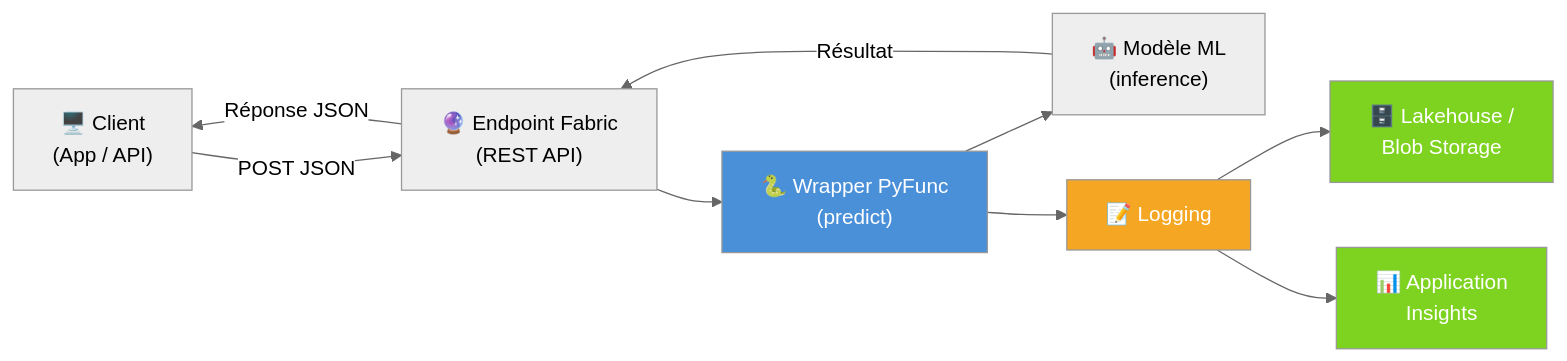
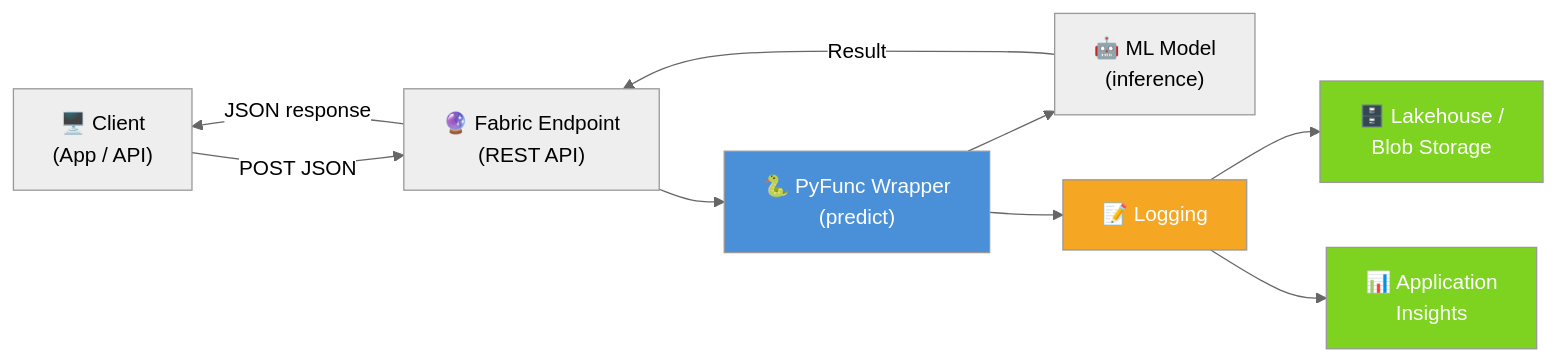
Before and after one commit to fredgis/fabric-foundry-kb: the first of 6 diagrams in markdown/MLinFabric.md, drawn with Mermaid (neutral theme). The commit also changed other lines of this file and 3 other files, not shown here.

First line of the commit message:
MLinFabric: translate to English + add end-to-end architecture diagram

````diff
--- a/markdown/MLinFabric.md
+++ b/markdown/MLinFabric.md
@@ -50,16 +58,16 @@
 ```mermaid
 flowchart LR
-    A["🖥️ Client\n(App / API)"] -->|"POST JSON"| B["🔮 Endpoint Fabric\n(REST API)"]
-    B --> C["🐍 Wrapper PyFunc\n(predict)"]
-    C --> D["🤖 Modèle ML\n(inference)"]
+    A["🖥️ Client\n(App / API)"] -->|"POST JSON"| B["🔮 Fabric Endpoint\n(REST API)"]
+    B --> C["🐍 PyFunc Wrapper\n(predict)"]
+    C --> D["🤖 ML Model\n(inference)"]
     C --> E["📝 Logging"]
     E --> F["🗄️ Lakehouse /\nBlob Storage"]
     E --> G["📊 Application\nInsights"]
-    D -->|"Résultat"| B
-    B -->|"Réponse JSON"| A
+    D -->|"Result"| B
+    B -->|"JSON response"| A
 
     style C fill:#4a90d9,color:#fff
     style E fill:#f5a623,color:#fff
     style F fill:#7ed321,color:#fff
     style G fill:#7ed321,color:#fff
 ```
````
